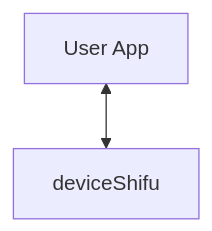
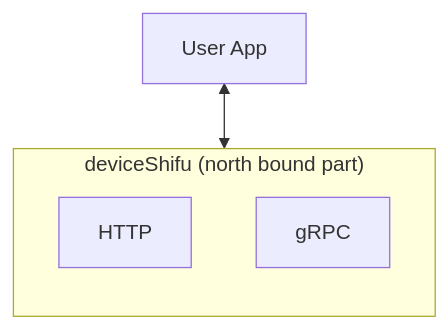
One commit to Edgenesis/shifu changed the first of 4 diagrams in docs/design/design-deviceShifu-zh.md. Above: the diagram before and after it, drawn with Mermaid. The commit also changed other lines of this file, not shown here.

Commit message:
update north&south bound communications

````diff
--- a/docs/design/design-deviceShifu-zh.md
+++ b/docs/design/design-deviceShifu-zh.md
@@ -49,4 +50,8 @@
 ```mermaid
     flowchart BT
-    ds[deviceShifu]<-->ua[User App]
+    subgraph sg-ds["deviceShifu (north bound part)"]
+    http[HTTP]
+    grpc[gRPC]
+    end
+    sg-ds<-->ua[User App]
 ```
````
